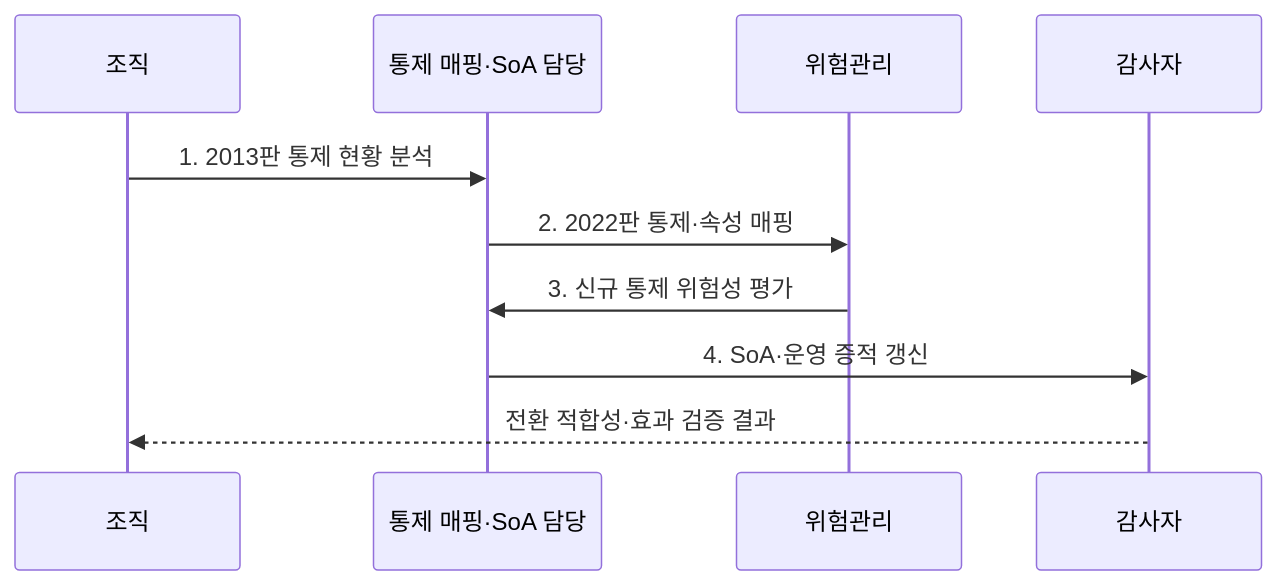
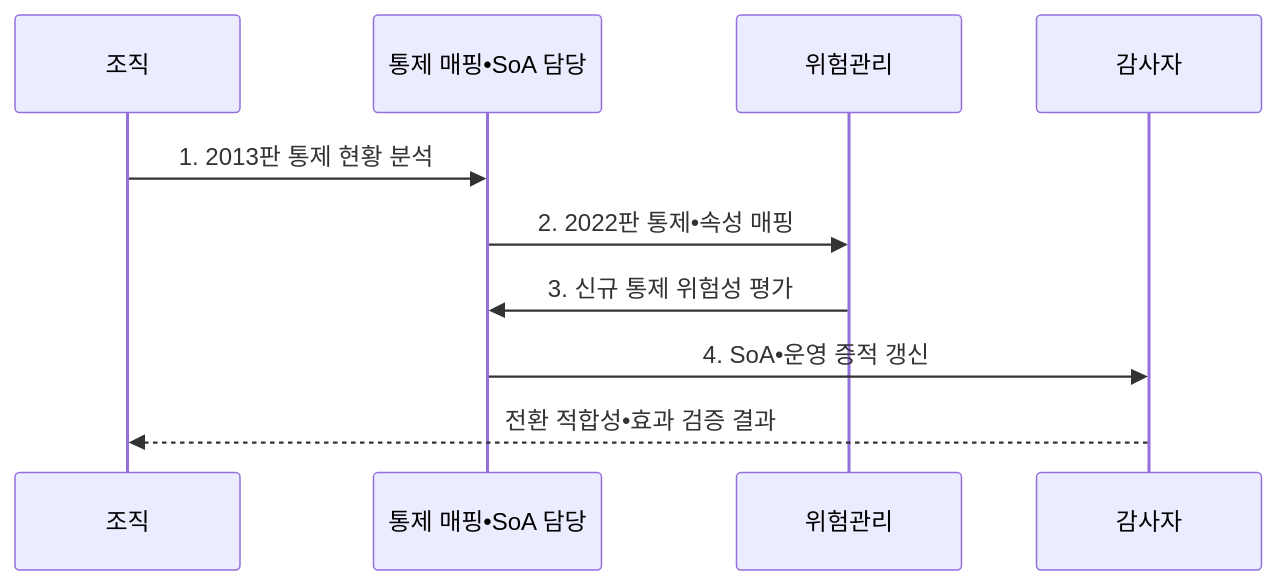
Before and after one commit to agnusdei1207/knowledge-base: the second of 2 diagrams in src/content/docs/notes/05-security/106_iso_27001_2022_revision.md, drawn with Mermaid. The commit also changed other lines of this file and 953 other files, not shown here.

````diff
--- a/src/content/docs/notes/05-security/106_iso_27001_2022_revision.md
+++ b/src/content/docs/notes/05-security/106_iso_27001_2022_revision.md
@@ -98,12 +98,12 @@
 ```mermaid
 sequenceDiagram
   participant O as 조직
-  participant M as 통제 매핑·SoA 담당
+  participant M as 통제 매핑•SoA 담당
   participant R as 위험관리
   participant A as 감사자
   O->>M: 1. 2013판 통제 현황 분석
-  M->>R: 2. 2022판 통제·속성 매핑
+  M->>R: 2. 2022판 통제•속성 매핑
   R->>M: 3. 신규 통제 위험성 평가
-  M->>A: 4. SoA·운영 증적 갱신
-  A-->>O: 전환 적합성·효과 검증 결과
+  M->>A: 4. SoA•운영 증적 갱신
+  A-->>O: 전환 적합성•효과 검증 결과
 ```
````
